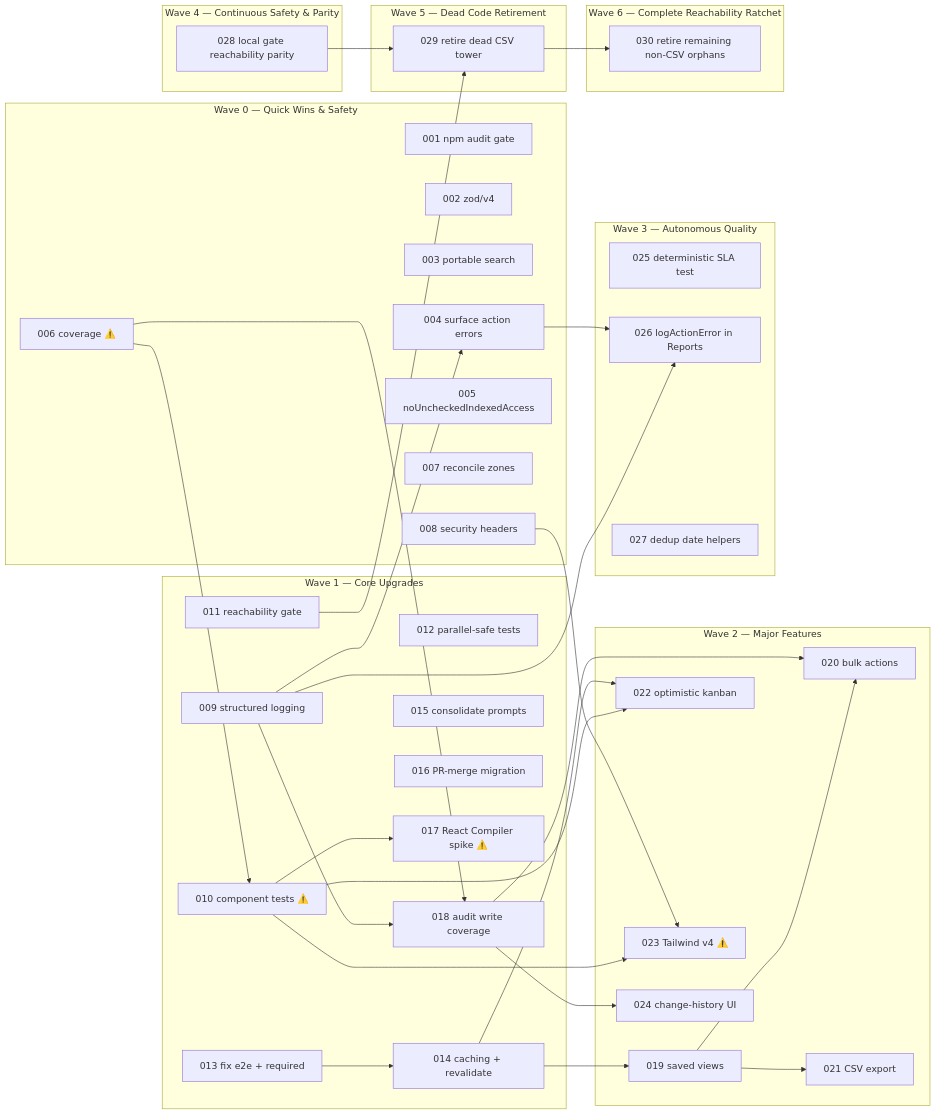
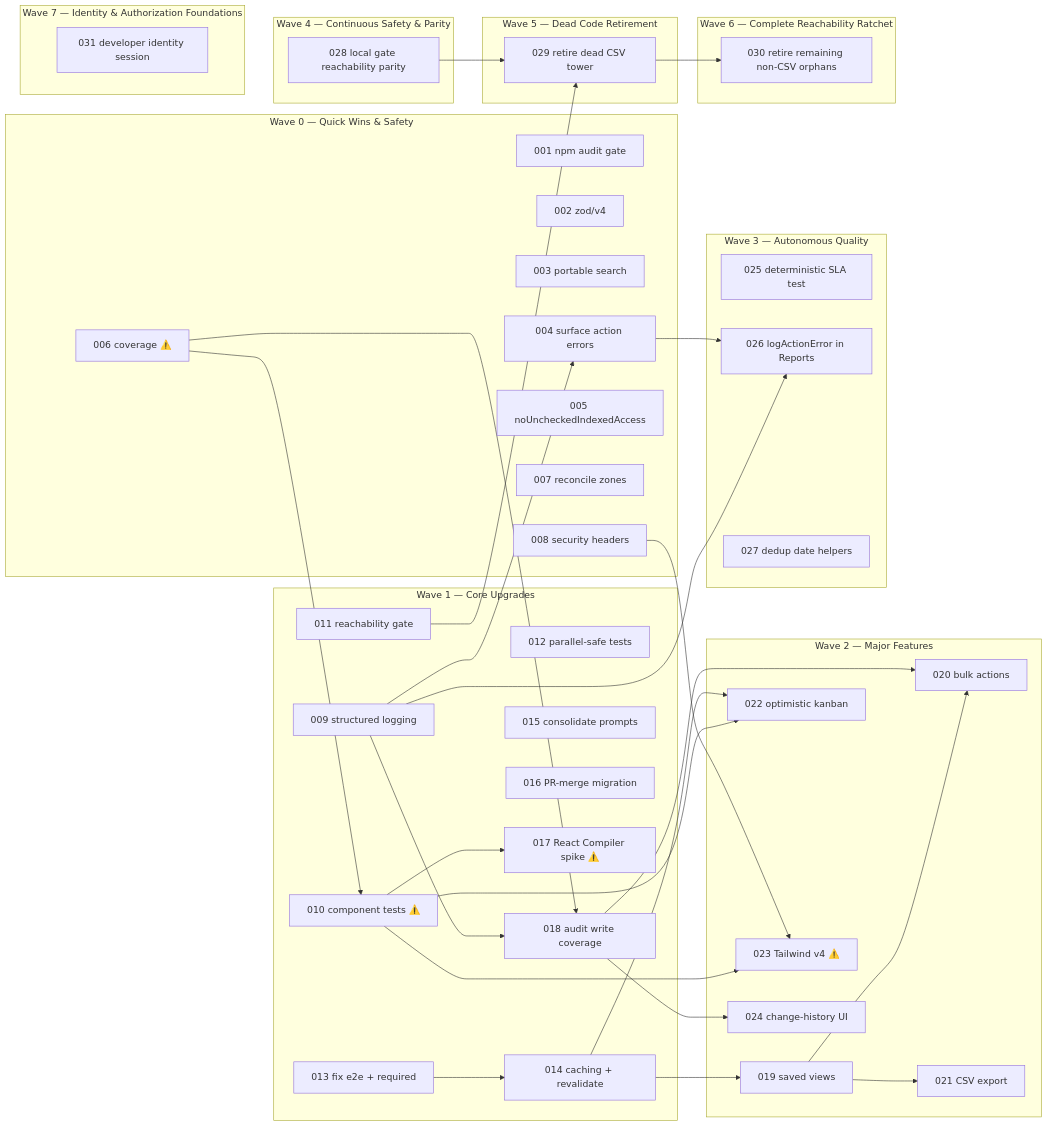
The diagram in plan/ROADMAP.md (michaelcrosato/salesforce-lite-crm), drawn with Mermaid before and after one commit. The commit also changed other lines of this file and 14 other files, not shown here.

Commit message:
feat(auth): implement developer identity session switcher and mock harness (Spec 031)

````diff
--- a/plan/ROADMAP.md
+++ b/plan/ROADMAP.md
@@ -144,68 +153,71 @@
 ```mermaid
 graph LR
   subgraph P0["Wave 0 — Quick Wins & Safety"]
     S001["001 npm audit gate"]
     S002["002 zod/v4"]
     S003["003 portable search"]
     S004["004 surface action errors"]
     S005["005 noUncheckedIndexedAccess"]
     S006["006 coverage ⚠️"]
     S007["007 reconcile zones"]
     S008["008 security headers"]
   end
   subgraph P1["Wave 1 — Core Upgrades"]
     S009["009 structured logging"]
     S010["010 component tests ⚠️"]
     S011["011 reachability gate"]
     S012["012 parallel-safe tests"]
     S013["013 fix e2e + required"]
     S014["014 caching + revalidate"]
     S015["015 consolidate prompts"]
     S016["016 PR-merge migration"]
     S017["017 React Compiler spike ⚠️"]
     S018["018 audit write coverage"]
   end
   subgraph P2["Wave 2 — Major Features"]
     S019["019 saved views"]
     S020["020 bulk actions"]
     S021["021 CSV export"]
     S022["022 optimistic kanban"]
     S023["023 Tailwind v4 ⚠️"]
     S024["024 change-history UI"]
   end
   subgraph P3["Wave 3 — Autonomous Quality"]
     S025["025 deterministic SLA test"]
     S026["026 logActionError in Reports"]
     S027["027 dedup date helpers"]
   end
   subgraph P4["Wave 4 — Continuous Safety & Parity"]
     S028["028 local gate reachability parity"]
   end
   subgraph P5["Wave 5 — Dead Code Retirement"]
     S029["029 retire dead CSV tower"]
   end
   subgraph P6["Wave 6 — Complete Reachability Ratchet"]
     S030["030 retire remaining non-CSV orphans"]
   end
+  subgraph P7["Wave 7 — Identity & Authorization Foundations"]
+    S031["031 developer identity session"]
+  end
 
   S009 --> S004
   S009 --> S018
   S006 --> S010
   S006 --> S018
   S013 --> S014
   S010 --> S017
   S010 --> S022
   S010 --> S023
   S008 --> S023
   S014 --> S019
   S014 --> S022
   S019 --> S020
   S019 --> S021
   S018 --> S020
   S018 --> S024
   S009 --> S026
   S004 --> S026
   S011 --> S029
   S028 --> S029
   S029 --> S030
 ```
````
